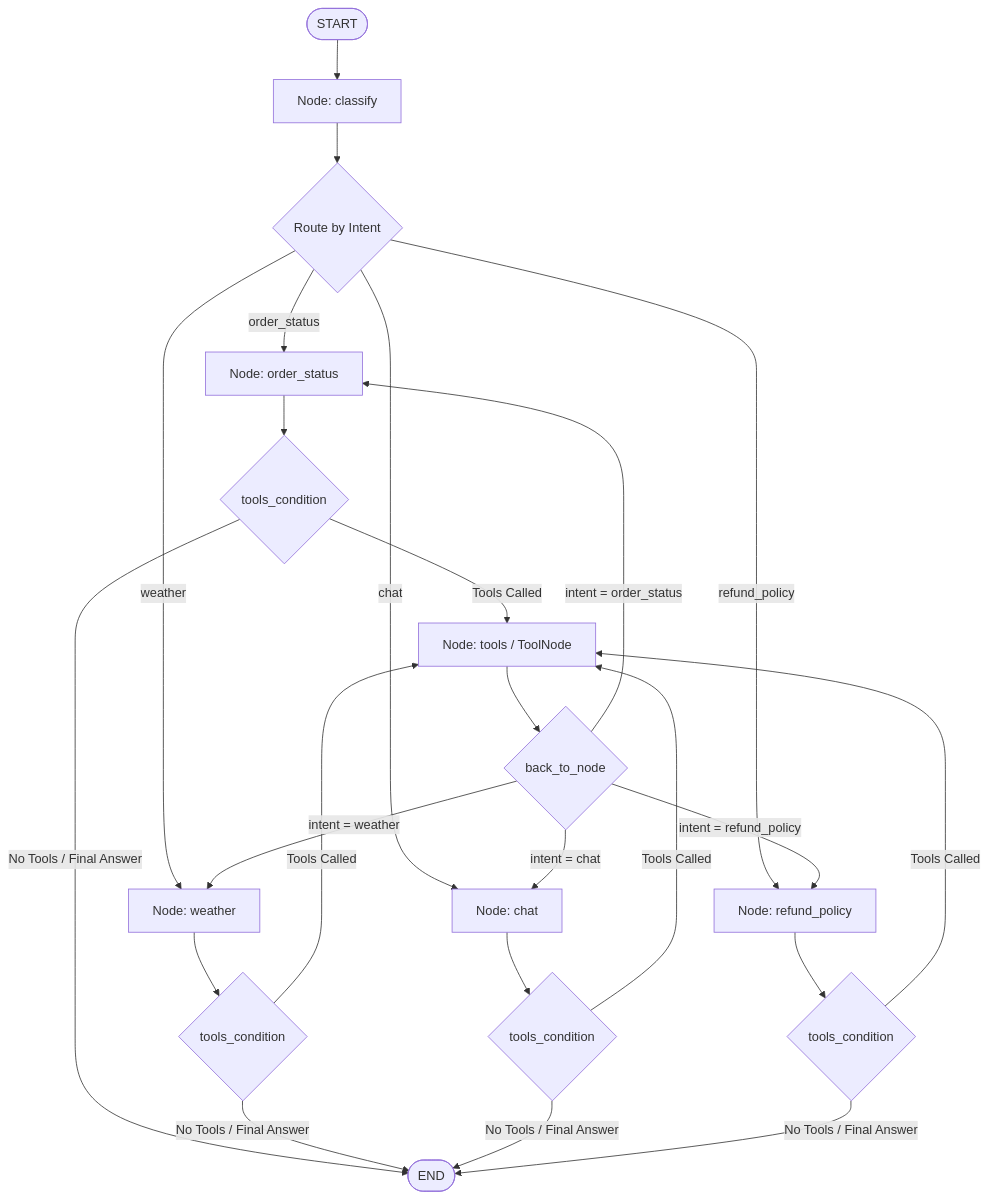
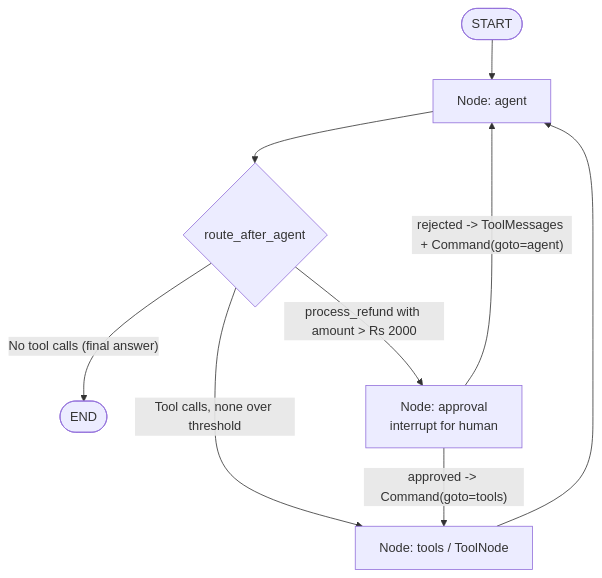
One commit to mrinalkamboj/manifold-assignments changed the diagram in src/assignments/Payments_Desk/README.md. Above: the diagram before and after it, drawn with Mermaid. The commit also changed other lines of this file and 3 other files, not shown here.

Commit message:
Latest changes to Payment Desk with human node approval added

````diff
--- a/src/assignments/Payments_Desk/README.md
+++ b/src/assignments/Payments_Desk/README.md
@@ -71,33 +68,15 @@
 ```mermaid
 flowchart TD
-    START([START]) --> ClassifyNode[Node: classify]
-    
-    ClassifyNode --> RouteCond{Route by Intent}
-    
-    RouteCond -- "order_status" --> OrderStatusNode[Node: order_status]
-    RouteCond -- "weather" --> WeatherNode[Node: weather]
-    RouteCond -- "chat" --> ChatNode[Node: chat]
-    RouteCond -- "refund_policy" --> RefundPolicyNode[Node: refund_policy]
-    
-    OrderStatusNode --> OrderToolsCond{tools_condition}
-    WeatherNode --> WeatherToolsCond{tools_condition}
-    ChatNode --> ChatToolsCond{tools_condition}
-    RefundPolicyNode --> RefundToolsCond{tools_condition}
-    
-    OrderToolsCond -- "Tools Called" --> ToolsNode[Node: tools / ToolNode]
-    WeatherToolsCond -- "Tools Called" --> ToolsNode
-    ChatToolsCond -- "Tools Called" --> ToolsNode
-    RefundToolsCond -- "Tools Called" --> ToolsNode
-    
-    OrderToolsCond -- "No Tools / Final Answer" --> END([END])
-    WeatherToolsCond -- "No Tools / Final Answer" --> END
-    ChatToolsCond -- "No Tools / Final Answer" --> END
-    RefundToolsCond -- "No Tools / Final Answer" --> END
-    
-    ToolsNode --> BackToNodeCond{back_to_node}
-    
-    BackToNodeCond -- "intent = order_status" --> OrderStatusNode
-    BackToNodeCond -- "intent = weather" --> WeatherNode
-    BackToNodeCond -- "intent = chat" --> ChatNode
-    BackToNodeCond -- "intent = refund_policy" --> RefundPolicyNode
+    START([START]) --> AgentNode[Node: agent]
+
+    AgentNode --> RouteCond{route_after_agent}
+
+    RouteCond -- "No tool calls (final answer)" --> END([END])
+    RouteCond -- "Tool calls, none over threshold" --> ToolsNode[Node: tools / ToolNode]
+    RouteCond -- "process_refund with amount > Rs 2000" --> ApprovalNode[Node: approval<br/>interrupt for human]
+
+    ApprovalNode -- "approved -> Command(goto=tools)" --> ToolsNode
+    ApprovalNode -- "rejected -> ToolMessages + Command(goto=agent)" --> AgentNode
+
+    ToolsNode --> AgentNode
 ```
````
